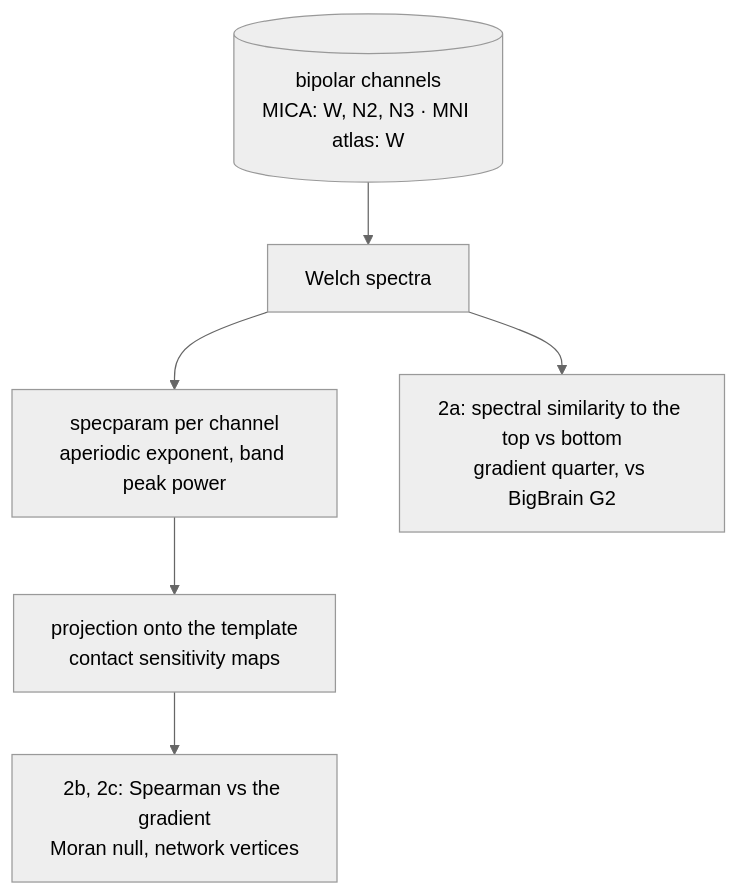
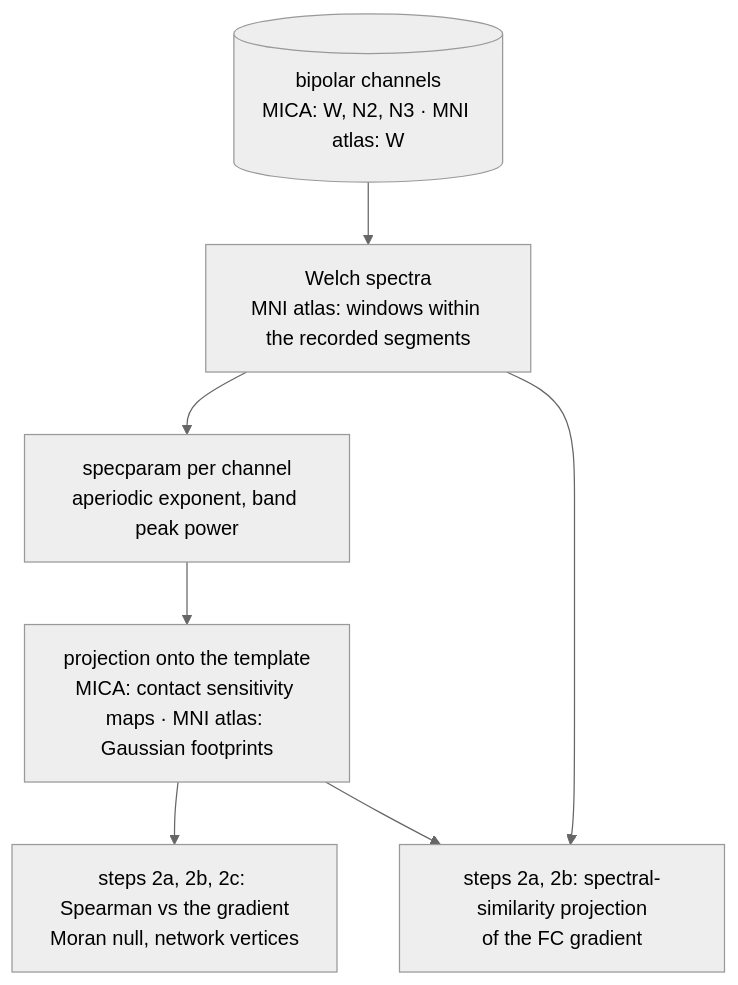
The sixth of 7 diagrams in docs/architecture.md (PaulBautin/salience-network-multiscale-switch), drawn with Mermaid (neutral theme) before and after one commit. The commit also changed other lines of this file and 122 other files, not shown here.

Commit message:
every figure is updated, the docs are updated

````diff
--- a/docs/architecture.md
+++ b/docs/architecture.md
@@ -162,11 +172,12 @@
 ```mermaid
 flowchart TD
     recordings[("bipolar channels<br/>MICA: W, N2, N3 · MNI atlas: W")]
-    psd["Welch spectra"]
+    psd["Welch spectra<br/>MNI atlas: windows within the recorded segments"]
     params["specparam per channel<br/>aperiodic exponent, band peak power"]
-    surface["projection onto the template<br/>contact sensitivity maps"]
-    test2["2b, 2c: Spearman vs the gradient<br/>Moran null, network vertices"]
-    es["2a: spectral similarity to the top vs bottom<br/>gradient quarter, vs BigBrain G2"]
+    surface["projection onto the template<br/>MICA: contact sensitivity maps · MNI atlas: Gaussian footprints"]
+    test2["steps 2a, 2b, 2c: Spearman vs the gradient<br/>Moran null, network vertices"]
+    ss["steps 2a, 2b: spectral-similarity projection<br/>of the FC gradient"]
     recordings --> psd --> params --> surface --> test2
-    psd --> es
+    psd --> ss
+    surface --> ss
 ```
````
